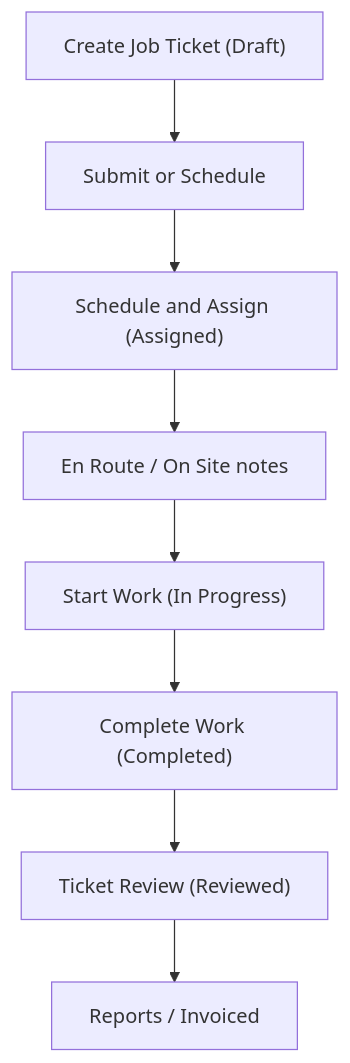
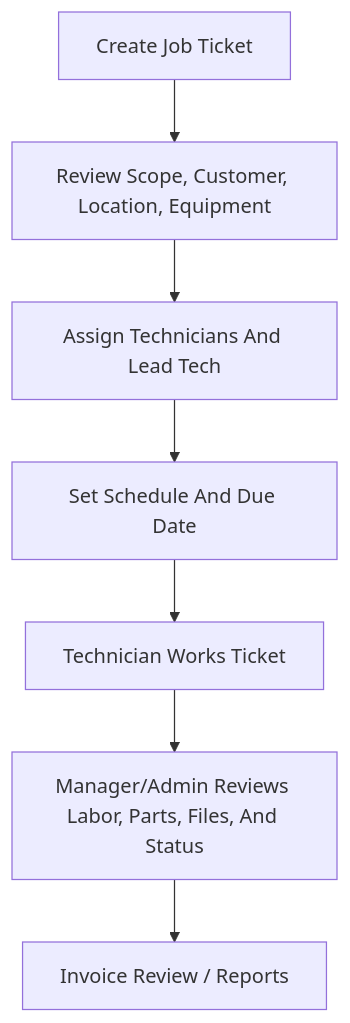
One commit to randalorian985/job-ticket-system changed the first of 2 diagrams in docs/system-wiki.md. Above: the diagram before and after it, drawn with Mermaid. The commit also changed other lines of this file and 38 other files, not shown here.

Commit message:
Simplify job ticket workflow UI

````diff
--- a/docs/system-wiki.md
+++ b/docs/system-wiki.md
@@ -497,10 +468,9 @@
 ```mermaid
 flowchart TD
-  A["Create Job Ticket (Draft)"] --> B["Submit or Schedule"]
-  B --> C["Schedule and Assign (Assigned)"]
-  C --> D["En Route / On Site notes"]
-  D --> E["Start Work (In Progress)"]
-  E --> F["Complete Work (Completed)"]
-  F --> G["Ticket Review (Reviewed)"]
-  G --> H["Reports / Invoiced"]
+  A["Create Job Ticket"] --> B["Review Scope, Customer, Location, Equipment"]
+  B --> C["Assign Technicians And Lead Tech"]
+  C --> D["Set Schedule And Due Date"]
+  D --> E["Technician Works Ticket"]
+  E --> F["Manager/Admin Reviews Labor, Parts, Files, And Status"]
+  F --> G["Invoice Review / Reports"]
 ```
````
